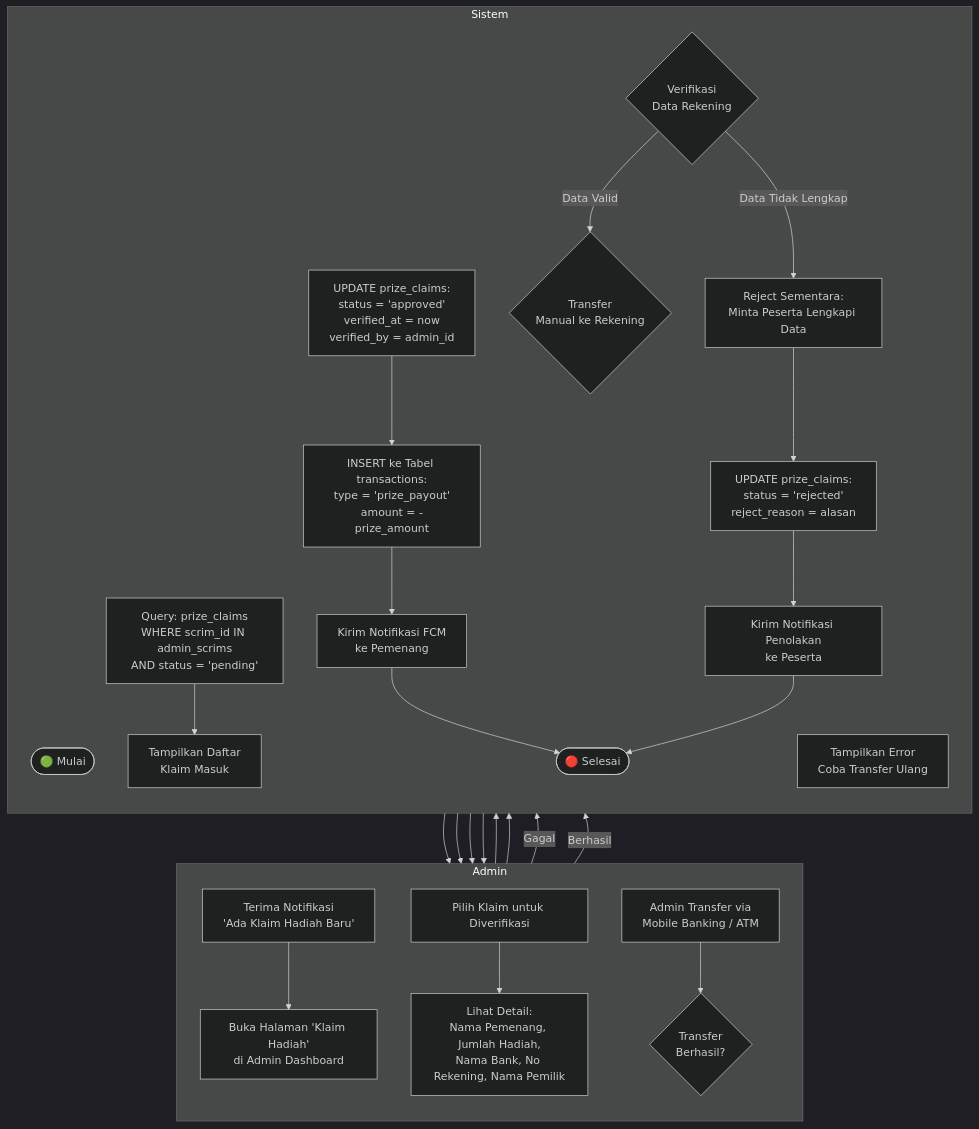
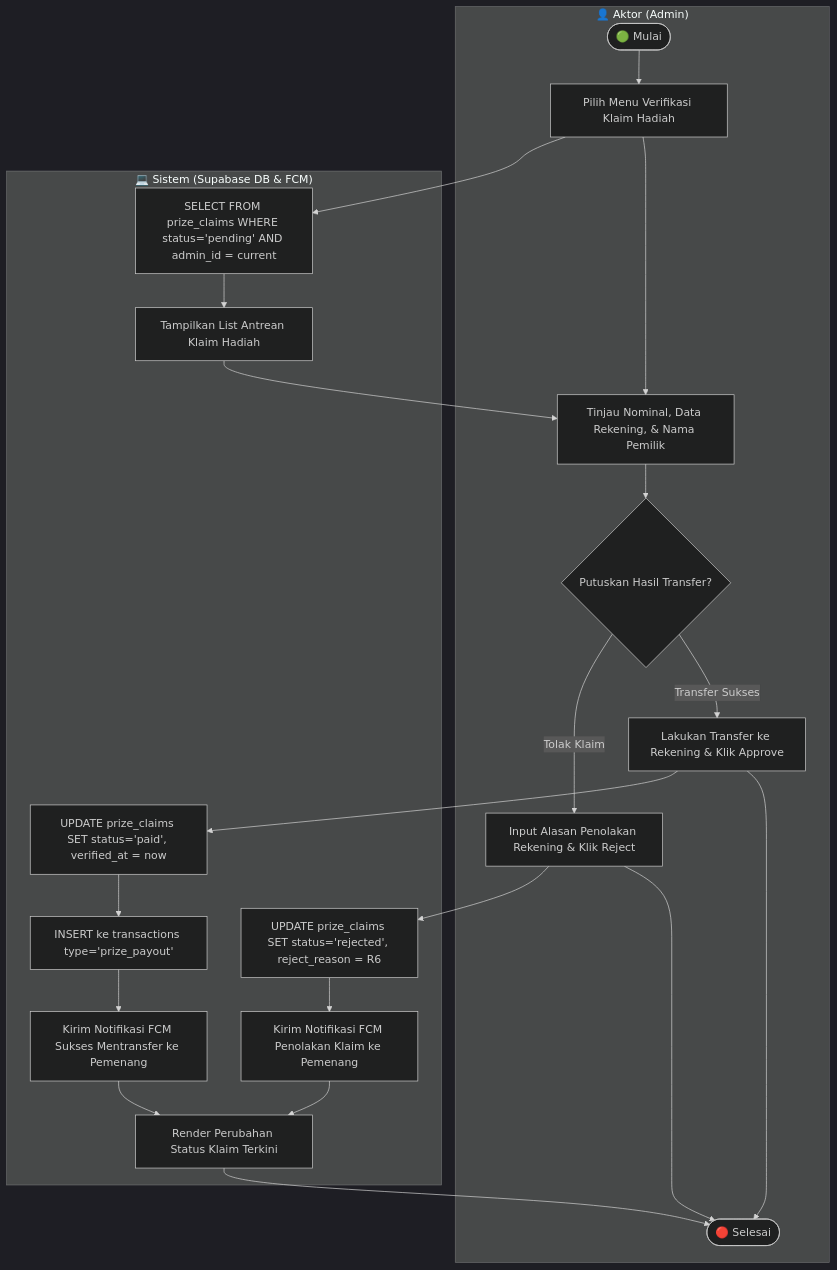
Diagram 19 of 43 in DOKUMENTASI.md (yosima050/booyahhub), drawn with Mermaid (dark theme) before and after one commit. The commit also changed other lines of this file, not shown here.

````diff
--- a/DOKUMENTASI.md
+++ b/DOKUMENTASI.md
@@ -851,29 +644,22 @@
 ```mermaid
 flowchart TD
-    subgraph Admin
-        direction TB
-        B[Terima Notifikasi<br/>'Ada Klaim Hadiah Baru'] --> C[Buka Halaman 'Klaim Hadiah'<br/>di Admin Dashboard]
-        F[Pilih Klaim untuk Diverifikasi] --> G
-        K[Admin Transfer via<br/>Mobile Banking / ATM] --> L
+    subgraph Aktor ["👤 Aktor (Admin)"]
+        R1([🟢 Mulai]) --> R2[Pilih Menu Verifikasi Klaim Hadiah]
+        R2 --> R3[Tinjau Nominal, Data Rekening, & Nama Pemilik]
+        R3 --> R4{Putuskan Hasil Transfer?}
+        R4 -->|Transfer Sukses| R5[Lakukan Transfer ke Rekening & Klik Approve]
+        R4 -->|Tolak Klaim| R6[Input Alasan Penolakan Rekening & Klik Reject]
+        R5 & R6 --> R7([🔴 Selesai])
     end
 
-    subgraph Sistem
-        direction TB
-        A([🟢 Mulai]) --> B
-        C --> D[Query: prize_claims<br/>WHERE scrim_id IN admin_scrims<br/>AND status = 'pending']
-        D --> E[Tampilkan Daftar<br/>Klaim Masuk]
-        E --> F
-        G[Lihat Detail:<br/>Nama Pemenang, Jumlah Hadiah,<br/>Nama Bank, No Rekening, Nama Pemilik] --> H{Verifikasi<br/>Data Rekening}
-        H -->|Data Tidak Lengkap| I[Reject Sementara:<br/>Minta Peserta Lengkapi Data]
-        H -->|Data Valid| J{Transfer<br/>Manual ke Rekening}
-        J --> K
-        L{Transfer<br/>Berhasil?} -->|Gagal| M[Tampilkan Error<br/>Coba Transfer Ulang]
-        M --> K
-        L -->|Berhasil| N[UPDATE prize_claims:<br/>status = 'approved'<br/>verified_at = now<br/>verified_by = admin_id]
-        N --> O[INSERT ke Tabel transactions:<br/>type = 'prize_payout'<br/>amount = -prize_amount]
-        O --> P[Kirim Notifikasi FCM<br/>ke Pemenang]
-        I --> Q[UPDATE prize_claims:<br/>status = 'rejected'<br/>reject_reason = alasan]
-        Q --> R[Kirim Notifikasi Penolakan<br/>ke Peserta]
-        P & R --> S([🔴 Selesai])
+    subgraph Sistem ["💻 Sistem (Supabase DB & FCM)"]
+        R2 --> S1[SELECT FROM prize_claims WHERE status='pending' AND admin_id = current]
+        S1 --> S2[Tampilkan List Antrean Klaim Hadiah] --> R3
+        R5 --> S3[UPDATE prize_claims SET status='paid', verified_at = now]
+        S3 --> S4[INSERT ke transactions type='prize_payout']
+        S4 --> S5[Kirim Notifikasi FCM Sukses Mentransfer ke Pemenang]
+        R6 --> S6[UPDATE prize_claims SET status='rejected', reject_reason = R6]
+        S6 --> S7[Kirim Notifikasi FCM Penolakan Klaim ke Pemenang]
+        S5 & S7 --> S8[Render Perubahan Status Klaim Terkini] --> R7
     end
 ```
````
